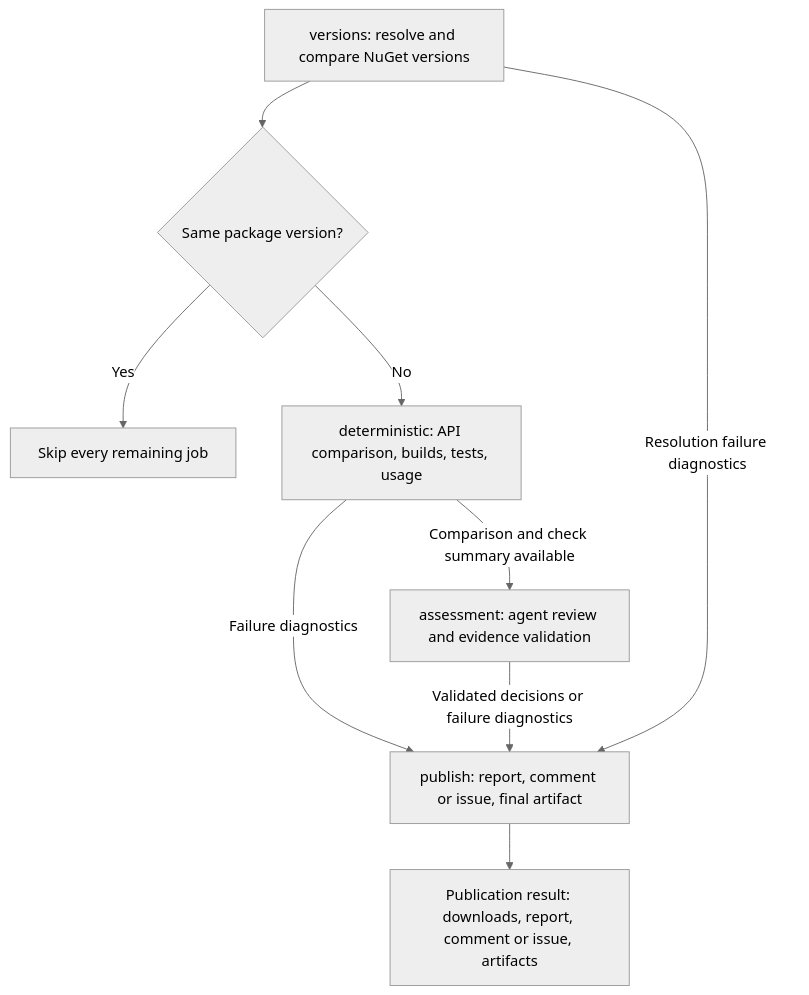
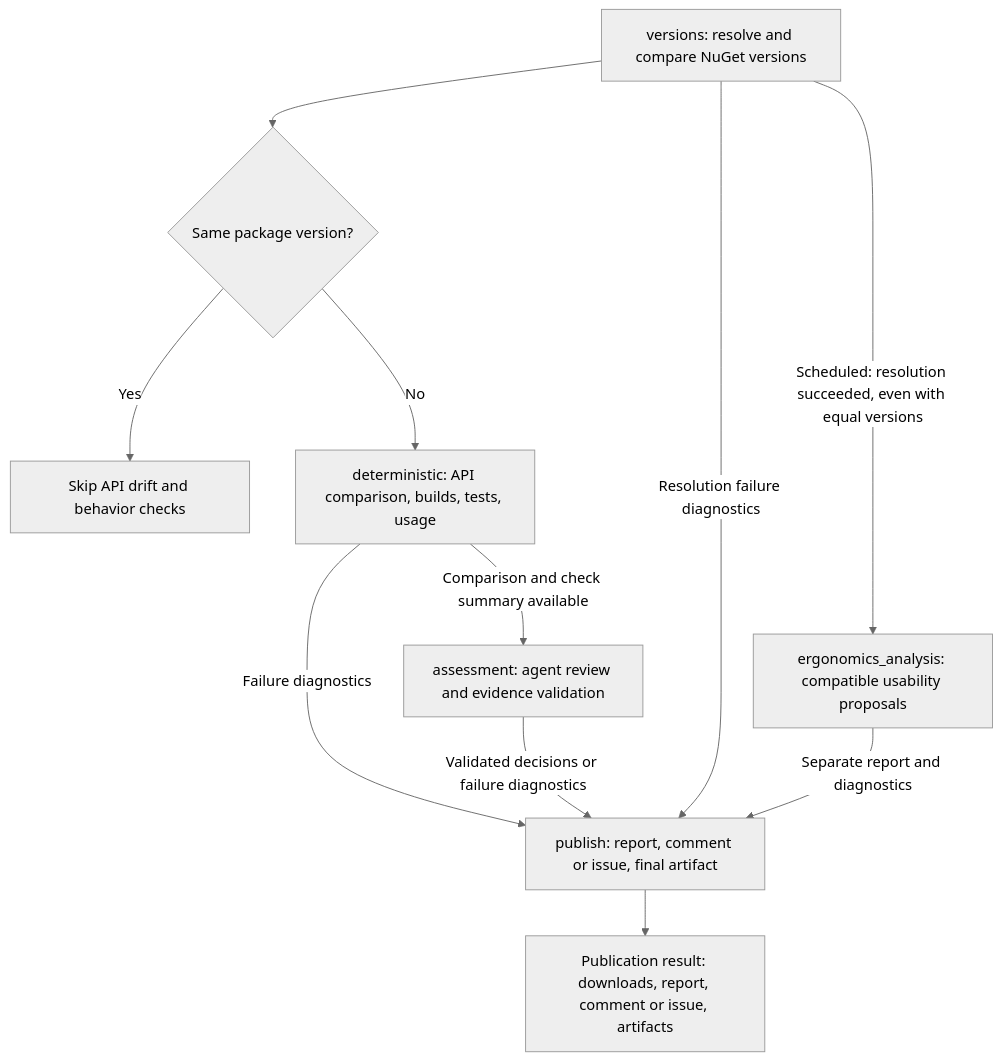
One commit to southworks/Agents-for-net changed the diagram in scripts/TeamsApiDrift/technicalDescription.md. Above: the diagram before and after it, drawn with Mermaid (neutral theme). The commit also changed other lines of this file and 11 other files, not shown here.

Commit message:
Implement API ergonomics analyzer

````diff
--- a/scripts/TeamsApiDrift/technicalDescription.md
+++ b/scripts/TeamsApiDrift/technicalDescription.md
@@ -16,11 +16,13 @@
 ```mermaid
 flowchart TD
     Versions[versions: resolve and compare NuGet versions] --> Same{Same package version?}
-    Same -->|Yes| Skip[Skip every remaining job]
+    Same -->|Yes| Skip[Skip API drift and behavior checks]
     Same -->|No| Deterministic[deterministic: API comparison, builds, tests, usage]
     Deterministic -->|Comparison and check summary available| Assessment[assessment: agent review and evidence validation]
     Deterministic -->|Failure diagnostics| Publish[publish: report, comment or issue, final artifact]
     Assessment -->|Validated decisions or failure diagnostics| Publish
     Versions -->|Resolution failure diagnostics| Publish
+    Versions -->|Scheduled: resolution succeeded, even with equal versions| Ergonomics[ergonomics_analysis: compatible usability proposals]
+    Ergonomics -->|Separate report and diagnostics| Publish
     Publish --> Published[Publication result: downloads, report, comment or issue, artifacts]
 ```
````
